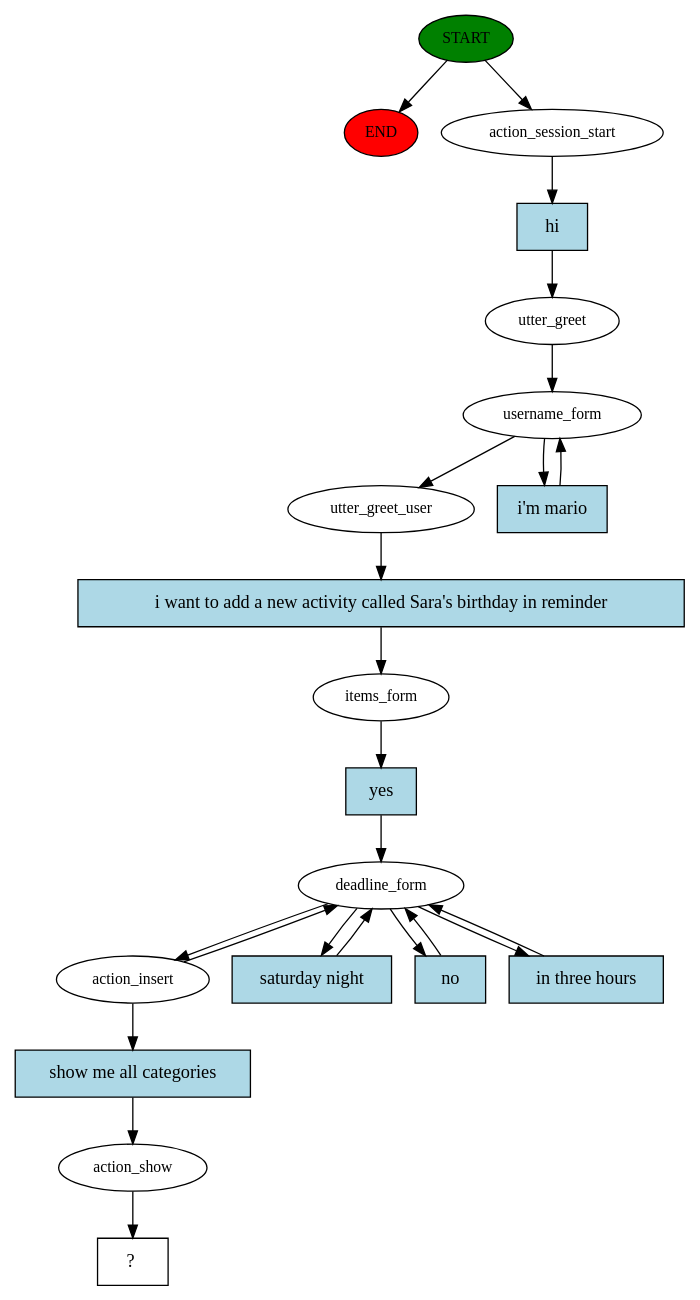
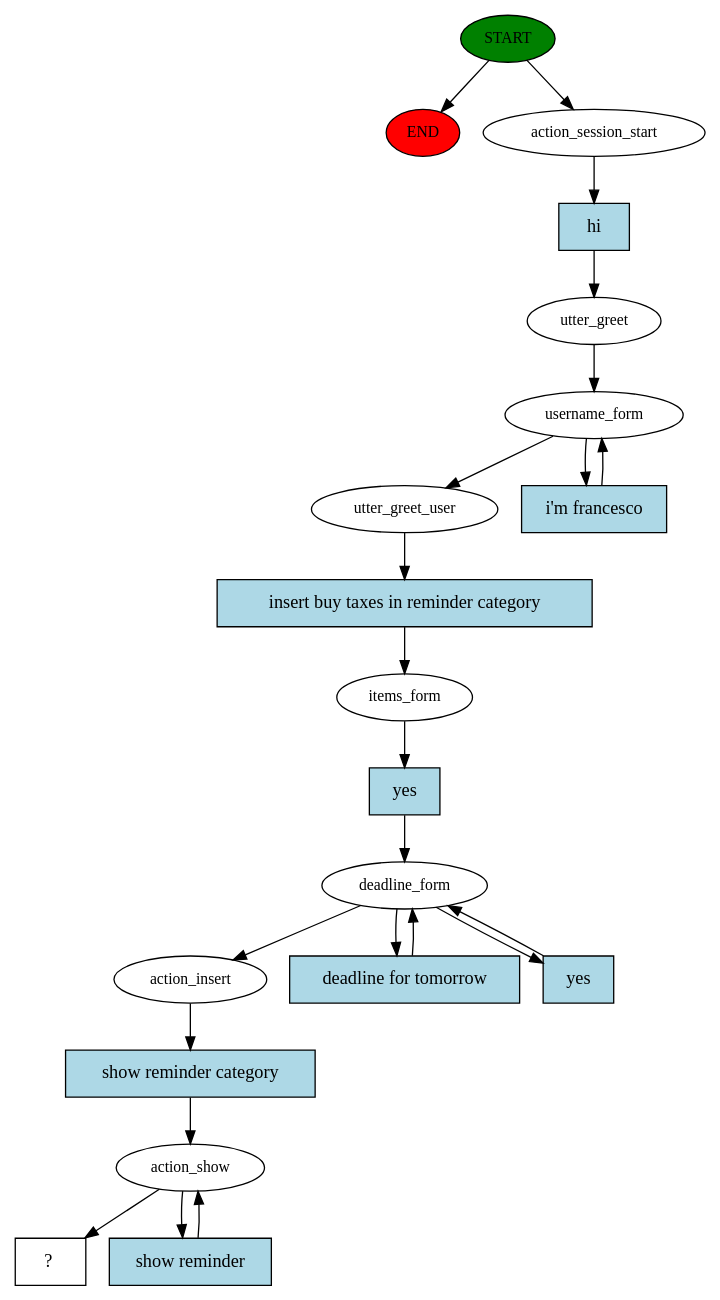
One commit to S0nFra/cogrob-todolist changed the diagram in src/rasa_ros/chatbot/story_graph.dot. Above: the diagram before and after it, drawn with Graphviz. The commit also changed 8 other files, not shown here.

```diff
--- a/src/rasa_ros/chatbot/story_graph.dot
+++ b/src/rasa_ros/chatbot/story_graph.dot
@@ -1,44 +1,43 @@
 digraph  {
 0 [class="start active", fillcolor=green, fontsize=12, label=START, style=filled];
 "-1" [class=end, fillcolor=red, fontsize=12, label=END, style=filled];
 1 [class=active, fontsize=12, label=action_session_start];
 2 [class=active, fontsize=12, label=utter_greet];
 3 [class=active, fontsize=12, label=username_form];
 5 [class=active, fontsize=12, label=utter_greet_user];
 6 [class=active, fontsize=12, label=items_form];
 7 [class=active, fontsize=12, label=deadline_form];
 10 [class=active, fontsize=12, label=action_insert];
-15 [class=active, fontsize=12, label=action_show];
-16 [class="intent dashed active", label="  ?  ", shape=rect];
-17 [class="intent active", fillcolor=lightblue, label=hi, shape=rect, style=filled];
-18 [class="intent active", fillcolor=lightblue, label="i'm mario", shape=rect, style=filled];
-19 [class="intent active", fillcolor=lightblue, label="i want to add a new activity called Sara's birthday in reminder", shape=rect, style=filled];
-20 [class="intent active", fillcolor=lightblue, label=yes, shape=rect, style=filled];
-21 [class="intent active", fillcolor=lightblue, label="saturday night", shape=rect, style=filled];
-22 [class="intent active", fillcolor=lightblue, label=no, shape=rect, style=filled];
-23 [class="intent active", fillcolor=lightblue, label="in three hours", shape=rect, style=filled];
-24 [class="intent active", fillcolor=lightblue, label="show me all categories", shape=rect, style=filled];
+11 [class=active, fontsize=12, label=action_show];
+13 [class="intent dashed active", label="  ?  ", shape=rect];
+14 [class="intent active", fillcolor=lightblue, label=hi, shape=rect, style=filled];
+15 [class="intent active", fillcolor=lightblue, label="i'm francesco", shape=rect, style=filled];
+16 [class="intent active", fillcolor=lightblue, label="insert buy taxes in reminder category", shape=rect, style=filled];
+17 [class="intent active", fillcolor=lightblue, label=yes, shape=rect, style=filled];
+18 [class="intent active", fillcolor=lightblue, label="deadline for tomorrow", shape=rect, style=filled];
+19 [class="intent active", fillcolor=lightblue, label=yes, shape=rect, style=filled];
+20 [class="intent active", fillcolor=lightblue, label="show reminder category", shape=rect, style=filled];
+21 [class="intent active", fillcolor=lightblue, label="show reminder", shape=rect, style=filled];
 0 -> "-1"  [class="", key=NONE, label=""];
 0 -> 1  [class=active, key=NONE, label=""];
-1 -> 17  [class=active, key=0];
+1 -> 14  [class=active, key=0];
 2 -> 3  [class=active, key=NONE, label=""];
 3 -> 5  [class=active, key=NONE, label=""];
-3 -> 18  [class=active, key=0];
-5 -> 19  [class=active, key=0];
-6 -> 20  [class=active, key=0];
+3 -> 15  [class=active, key=0];
+5 -> 16  [class=active, key=0];
+6 -> 17  [class=active, key=0];
 7 -> 10  [class=active, key=NONE, label=""];
-7 -> 21  [class=active, key=0];
-7 -> 22  [class=active, key=0];
-7 -> 23  [class=active, key=0];
-10 -> 7  [class=active, key=NONE, label=""];
-10 -> 24  [class=active, key=0];
-15 -> 16  [class=active, key=NONE, label=""];
-17 -> 2  [class=active, key=0];
-18 -> 3  [class=active, key=0];
-19 -> 6  [class=active, key=0];
-20 -> 7  [class=active, key=0];
-21 -> 7  [class=active, key=0];
-22 -> 7  [class=active, key=0];
-23 -> 7  [class=active, key=0];
-24 -> 15  [class=active, key=0];
+7 -> 18  [class=active, key=0];
+7 -> 19  [class=active, key=0];
+10 -> 20  [class=active, key=0];
+11 -> 13  [class=active, key=NONE, label=""];
+11 -> 21  [class=active, key=0];
+14 -> 2  [class=active, key=0];
+15 -> 3  [class=active, key=0];
+16 -> 6  [class=active, key=0];
+17 -> 7  [class=active, key=0];
+18 -> 7  [class=active, key=0];
+19 -> 7  [class=active, key=0];
+20 -> 11  [class=active, key=0];
+21 -> 11  [class=active, key=0];
 }
```
